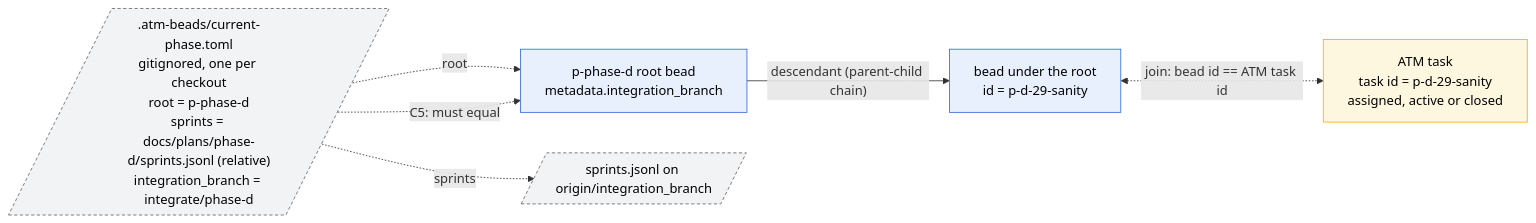
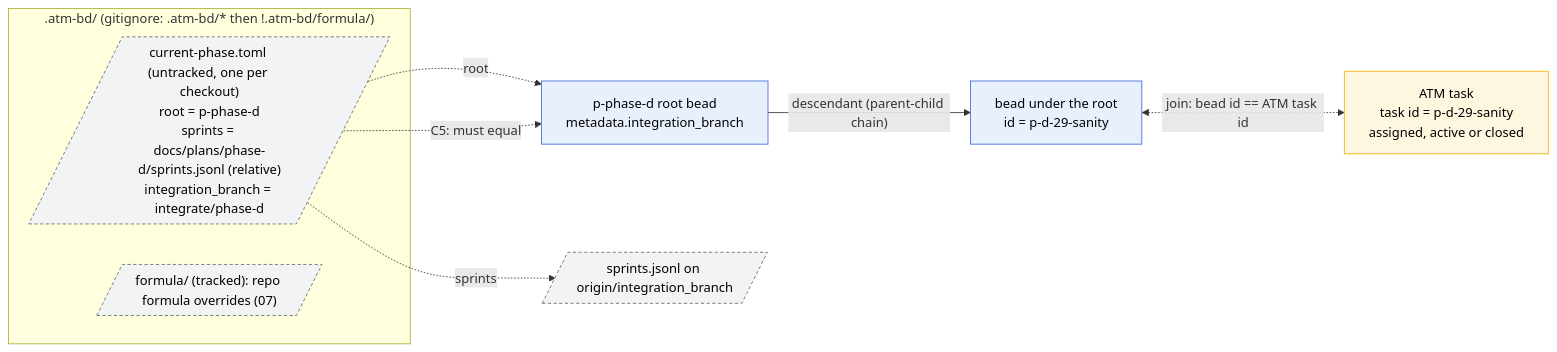
Before and after one commit to randlee/atm-bd-orchestration: the first of 2 diagrams in docs/diagrams/06-correlation.md, drawn with Mermaid. The commit also changed other lines of this file and 5 other files, not shown here.

First line of the commit message:
docs: record Rand's Q1, N7-N10 rulings in the bead diagrams

````diff
--- a/docs/diagrams/06-correlation.md
+++ b/docs/diagrams/06-correlation.md
@@ -5,18 +5,21 @@
 ```mermaid
 flowchart LR
   classDef tmpl fill:#e8f0fe,stroke:#3367d6,color:#000
   classDef file fill:#f1f3f4,stroke:#5f6368,stroke-dasharray:4 3,color:#000
   classDef atm fill:#fef7e0,stroke:#f9ab00,color:#000
 
-  TOML[/".atm-beads/current-phase.toml<br/>gitignored, one per checkout<br/>root = p-phase-d<br/>sprints = docs/plans/phase-d/sprints.jsonl (relative)<br/>integration_branch = integrate/phase-d"/]:::file
+  subgraph ATMBD[".atm-bd/  (gitignore: .atm-bd/* then !.atm-bd/formula/)"]
+    TOML[/"current-phase.toml (untracked, one per checkout)<br/>root = p-phase-d<br/>sprints = docs/plans/phase-d/sprints.jsonl (relative)<br/>integration_branch = integrate/phase-d"/]:::file
+    FORM[/"formula/ (tracked): repo formula overrides (07)"/]:::file
+  end
   ROOT["p-phase-d root bead<br/>metadata.integration_branch"]:::tmpl
   SJ[/"sprints.jsonl on origin/integration_branch"/]:::file
   BEAD["bead under the root<br/>id = p-d-29-sanity"]:::tmpl
   TASK["ATM task<br/>task id = p-d-29-sanity<br/>assigned, active or closed"]:::atm
 
   TOML -. "root" .-> ROOT
   TOML -. "sprints" .-> SJ
   TOML -. "C5: must equal" .-> ROOT
   ROOT -->|"descendant (parent-child chain)"| BEAD
   BEAD <-. "join: bead id == ATM task id" .-> TASK
 ```
````
